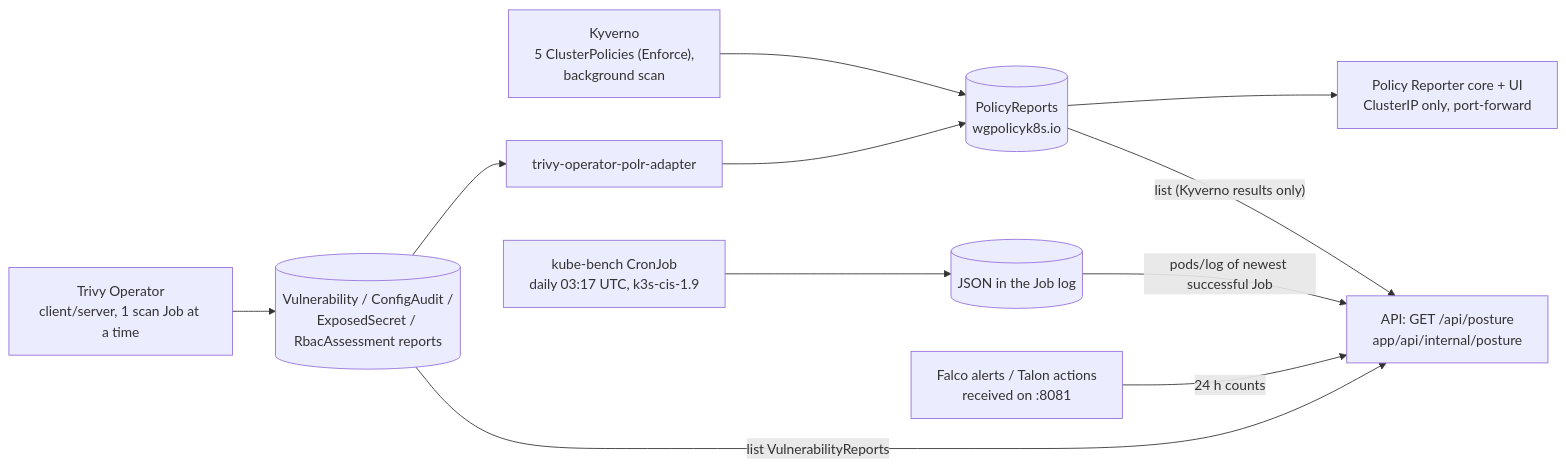
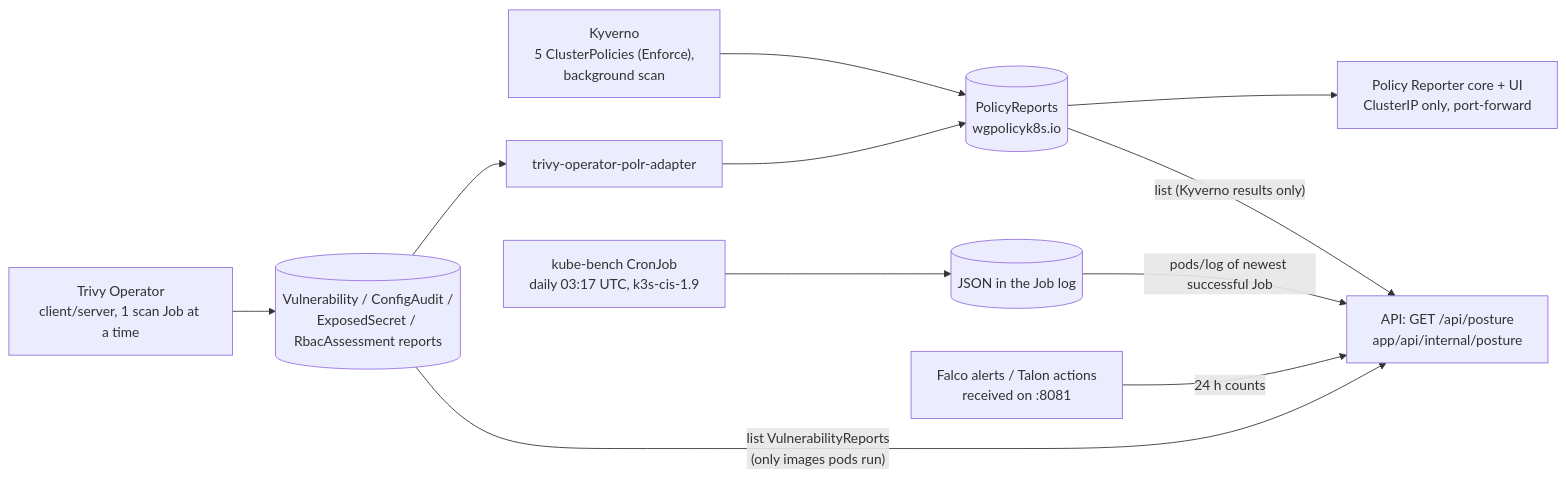
Before and after one commit to HubertMJ/self-defending-portfolio: the fifth of 5 diagrams in docs/architecture/README.md, drawn with Mermaid. The commit also changed 6 other files, not shown here.

First line of the commit message:
posture: count only the Trivy reports of images pods run (ADR 0015 amendment)

````diff
--- a/docs/architecture/README.md
+++ b/docs/architecture/README.md
@@ -253,13 +253,13 @@
 ```mermaid
 flowchart LR
     KY["Kyverno<br/>5 ClusterPolicies (Enforce),<br/>background scan"] --> PR[("PolicyReports<br/>wgpolicyk8s.io")]
     TO["Trivy Operator<br/>client/server, 1 scan Job at a time"] --> TR[("Vulnerability / ConfigAudit /<br/>ExposedSecret / RbacAssessment reports")]
     TR --> AD["trivy-operator-polr-adapter"] --> PR
     PR --> PRUI["Policy Reporter core + UI<br/>ClusterIP only, port-forward"]
     KB["kube-bench CronJob<br/>daily 03:17 UTC, k3s-cis-1.9"] --> LOG[("JSON in the Job log")]
     POST["API: GET /api/posture<br/>app/api/internal/posture"]
     FEED["Falco alerts / Talon actions<br/>received on :8081"] -- "24 h counts" --> POST
     PR -- "list (Kyverno results only)" --> POST
-    TR -- "list VulnerabilityReports" --> POST
+    TR -- "list VulnerabilityReports<br/>(only images pods run)" --> POST
     LOG -- "pods/log of newest successful Job" --> POST
 ```
````
